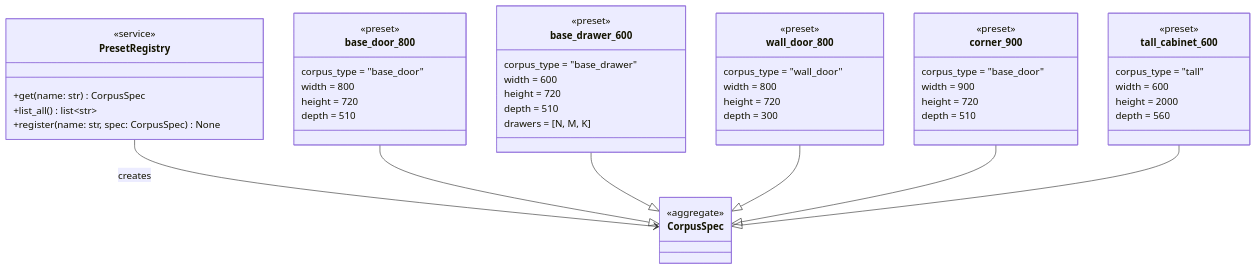
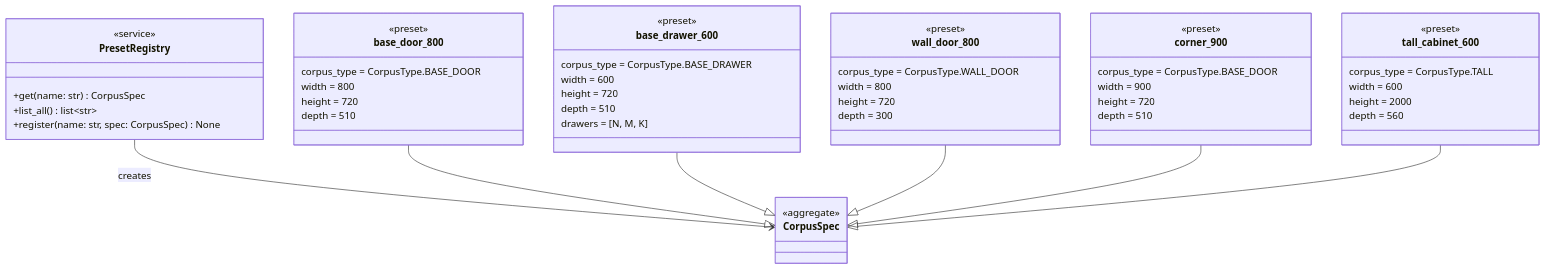
The eighth of 13 diagrams in kitchen-cad/docs/architecture.md (m1981/kuchnie), drawn with Mermaid before and after one commit. The commit also changed other lines of this file and 11 other files, not shown here.

````diff
--- a/kitchen-cad/docs/architecture.md
+++ b/kitchen-cad/docs/architecture.md
@@ -501,63 +501,63 @@
 ```mermaid
 classDiagram
     direction TB
 
     class PresetRegistry {
         <<service>>
         +get(name: str) CorpusSpec
         +list_all() list~str~
         +register(name: str, spec: CorpusSpec) None
     }
 
     class CorpusSpec {
         <<aggregate>>
     }
 
     class base_door_800 {
         <<preset>>
-        corpus_type = "base_door"
+        corpus_type = CorpusType.BASE_DOOR
         width = 800
         height = 720
         depth = 510
     }
 
     class base_drawer_600 {
         <<preset>>
-        corpus_type = "base_drawer"
+        corpus_type = CorpusType.BASE_DRAWER
         width = 600
         height = 720
         depth = 510
         drawers = [N, M, K]
     }
 
     class wall_door_800 {
         <<preset>>
-        corpus_type = "wall_door"
+        corpus_type = CorpusType.WALL_DOOR
         width = 800
         height = 720
         depth = 300
     }
 
     class corner_900 {
         <<preset>>
-        corpus_type = "base_door"
+        corpus_type = CorpusType.BASE_DOOR
         width = 900
         height = 720
         depth = 510
     }
 
     class tall_cabinet_600 {
         <<preset>>
-        corpus_type = "tall"
+        corpus_type = CorpusType.TALL
         width = 600
         height = 2000
         depth = 560
     }
 
     PresetRegistry --> CorpusSpec : creates
     base_door_800 --|> CorpusSpec
     base_drawer_600 --|> CorpusSpec
     wall_door_800 --|> CorpusSpec
     corner_900 --|> CorpusSpec
     tall_cabinet_600 --|> CorpusSpec
 ```
````
